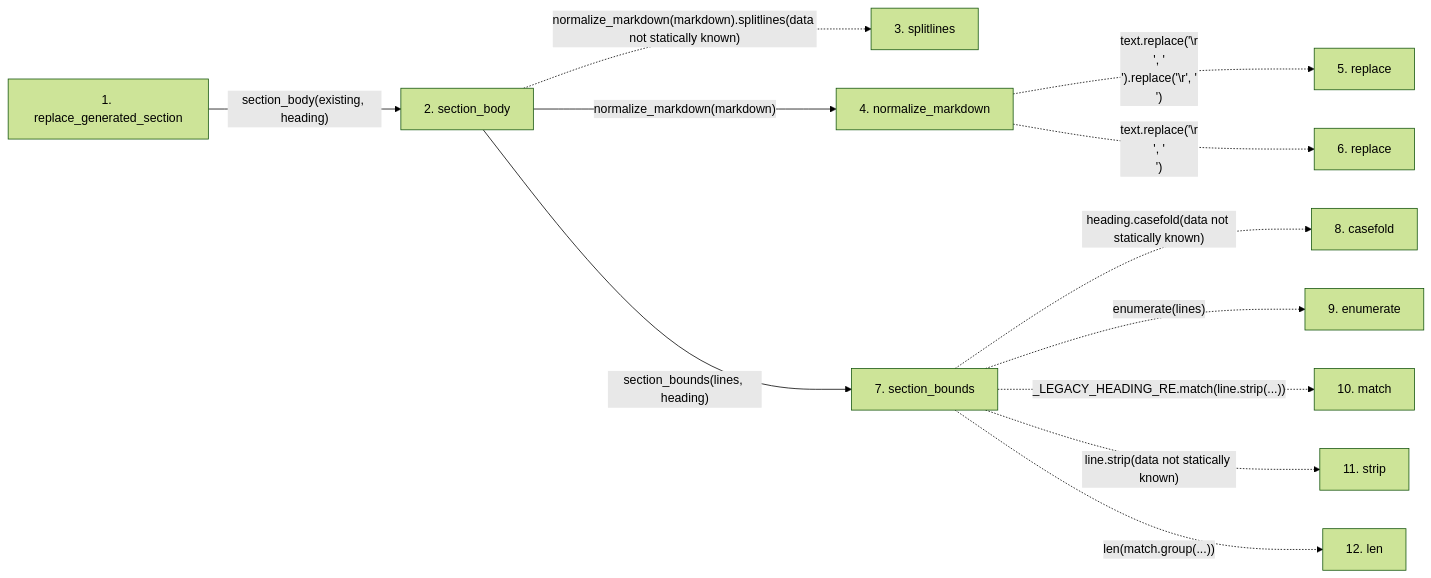
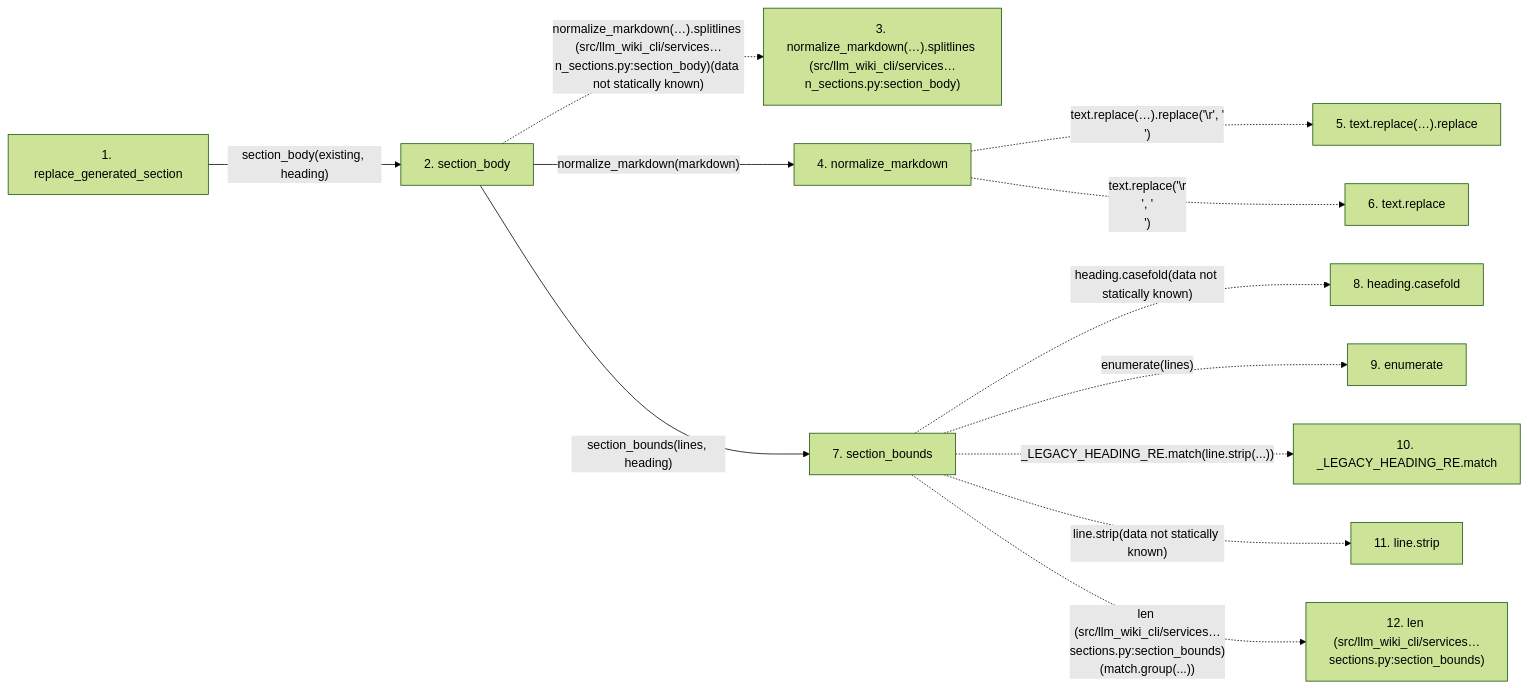
One commit to Denissvgn/python-wiki-llm changed the second of 2 diagrams in docs/llm_wiki/flows/api-replace_generated_section.md. Above: the diagram before and after it, drawn with Mermaid (forest theme). The commit also changed other lines of this file and 719 other files, not shown here.

````diff
--- a/docs/llm_wiki/flows/api-replace_generated_section.md
+++ b/docs/llm_wiki/flows/api-replace_generated_section.md
@@ -65,30 +74,30 @@
 ```mermaid
 flowchart LR
     s1["1. replace_generated_section"]
     s2["2. section_body"]
-    s3["3. splitlines"]
+    s3["3. normalize_markdown(…).splitlines (src/llm_wiki_cli/services…n_sections.py:section_body)"]
     s4["4. normalize_markdown"]
-    s5["5. replace"]
-    s6["6. replace"]
+    s5["5. text.replace(…).replace"]
+    s6["6. text.replace"]
     s7["7. section_bounds"]
-    s8["8. casefold"]
+    s8["8. heading.casefold"]
     s9["9. enumerate"]
-    s10["10. match"]
-    s11["11. strip"]
-    s12["12. len"]
+    s10["10. _LEGACY_HEADING_RE.match"]
+    s11["11. line.strip"]
+    s12["12. len (src/llm_wiki_cli/services…sections.py:section_bounds)"]
     s1 -->|"section_body(existing, heading)"| s2
-    s2 -. "normalize_markdown(markdown).splitlines(data not statically known)" .-> s3
+    s2 -. "normalize_markdown(…).splitlines (src/llm_wiki_cli/services…n_sections.py:section_body)(data not statically known)" .-> s3
     s2 -->|"normalize_markdown(markdown)"| s4
-    s4 -. "text.replace('\r\n', '\n').replace('\r', '\n')" .-> s5
+    s4 -. "text.replace(…).replace('\r', '\n')" .-> s5
     s4 -. "text.replace('\r\n', '\n')" .-> s6
     s2 -->|"section_bounds(lines, heading)"| s7
     s7 -. "heading.casefold(data not statically known)" .-> s8
     s7 -. "enumerate(lines)" .-> s9
     s7 -. "_LEGACY_HEADING_RE.match(line.strip(...))" .-> s10
     s7 -. "line.strip(data not statically known)" .-> s11
-    s7 -. "len(match.group(...))" .-> s12
+    s7 -. "len (src/llm_wiki_cli/services…sections.py:section_bounds)(match.group(...))" .-> s12
     click s1 "../modules/section_ownership.md"
     click s2 "../modules/markdown_sections.md"
     click s4 "../modules/markdown_sections.md"
     click s7 "../modules/markdown_sections.md"
 ```
````
